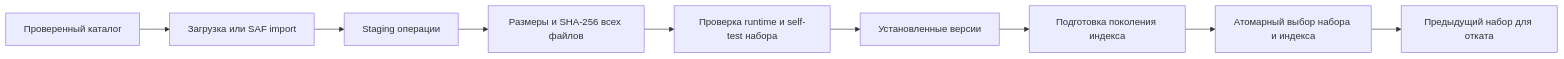
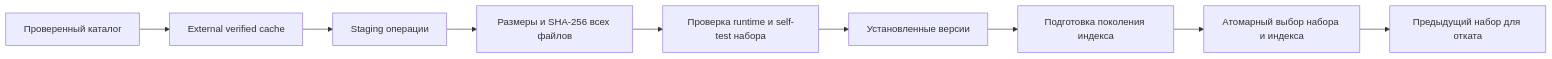
One commit to Mesteriis/lik changed the diagram in docs/MODEL_ARCHITECTURE.md. Above: the diagram before and after it, drawn with Mermaid. The commit also changed other lines of this file and 8 other files, not shown here.

````diff
--- a/docs/MODEL_ARCHITECTURE.md
+++ b/docs/MODEL_ARCHITECTURE.md
@@ -58,11 +70,11 @@
 ```mermaid
 flowchart LR
-    C[Проверенный каталог] --> D[Загрузка или SAF import]
+    C[Проверенный каталог] --> D[External verified cache]
     D --> S[Staging операции]
     S --> V[Размеры и SHA-256 всех файлов]
     V --> T[Проверка runtime и self-test набора]
     T --> I[Установленные версии]
     I --> G[Подготовка поколения индекса]
     G --> P[Атомарный выбор набора и индекса]
     P --> R[Предыдущий набор для отката]
 ```
````
